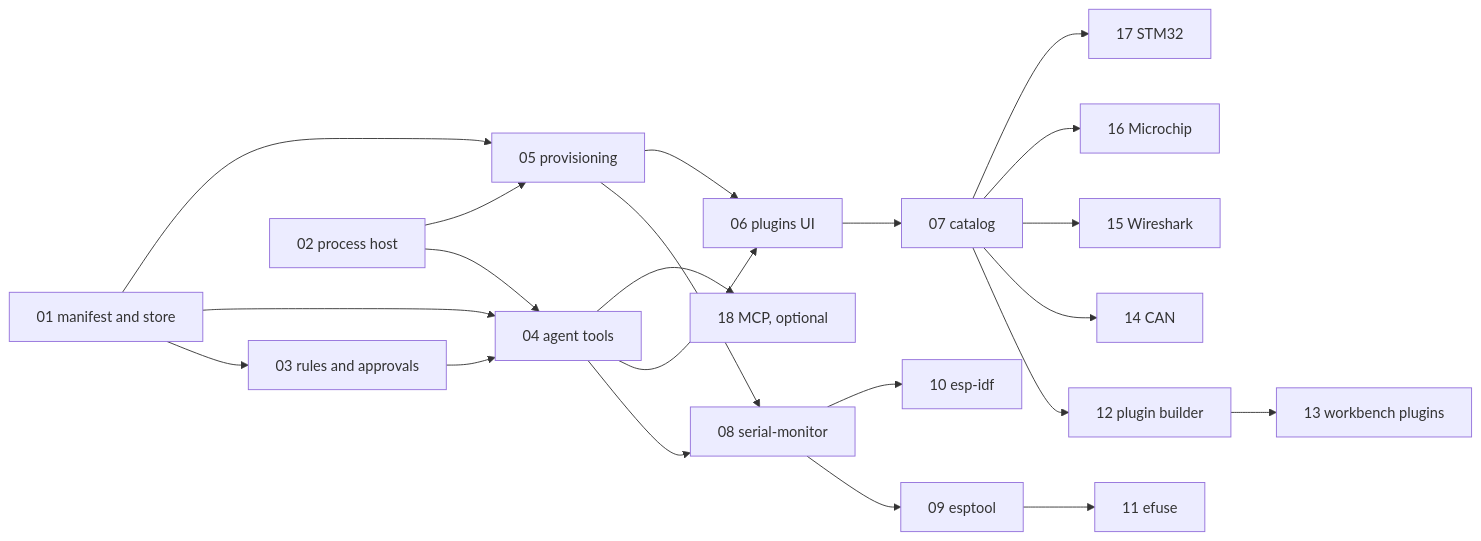
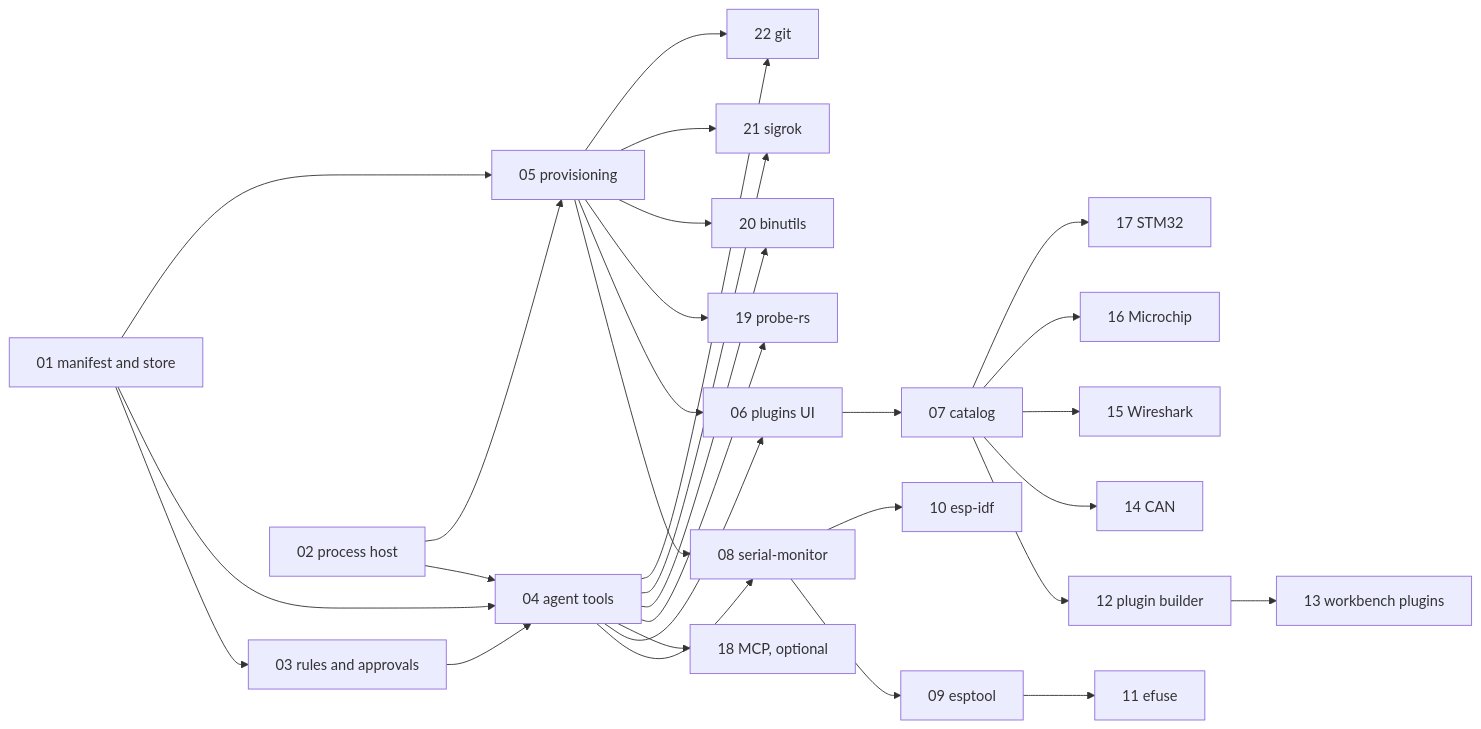
Before and after one commit to DDP-Engineering/2026_Virtual_Embedded_Rig_Assistant: the diagram in 00_Planning/plugins/plan.md, drawn with Mermaid. The commit also changed other lines of this file and 319 other files, not shown here.

````diff
--- a/00_Planning/plugins/plan.md
+++ b/00_Planning/plugins/plan.md
@@ -31,24 +33,32 @@
 ```mermaid
 flowchart LR
   P01[01 manifest and store] --> P03[03 rules and approvals]
   P01 --> P04[04 agent tools]
   P02[02 process host] --> P04
   P03 --> P04
   P01 --> P05[05 provisioning]
   P02 --> P05
   P04 --> P08[08 serial-monitor]
   P05 --> P08
   P08 --> P09[09 esptool]
   P04 --> P06[06 plugins UI]
   P05 --> P06
   P06 --> P07[07 catalog]
   P08 --> P10[10 esp-idf]
   P09 --> P11[11 efuse]
   P07 --> P12[12 plugin builder]
   P12 --> P13[13 workbench plugins]
   P07 --> P14[14 CAN]
   P07 --> P15[15 Wireshark]
   P07 --> P16[16 Microchip]
   P07 --> P17[17 STM32]
   P04 --> P18[18 MCP, optional]
+  P04 --> P19[19 probe-rs]
+  P05 --> P19
+  P04 --> P20[20 binutils]
+  P05 --> P20
+  P04 --> P21[21 sigrok]
+  P05 --> P21
+  P04 --> P22[22 git]
+  P05 --> P22
 ```
````
